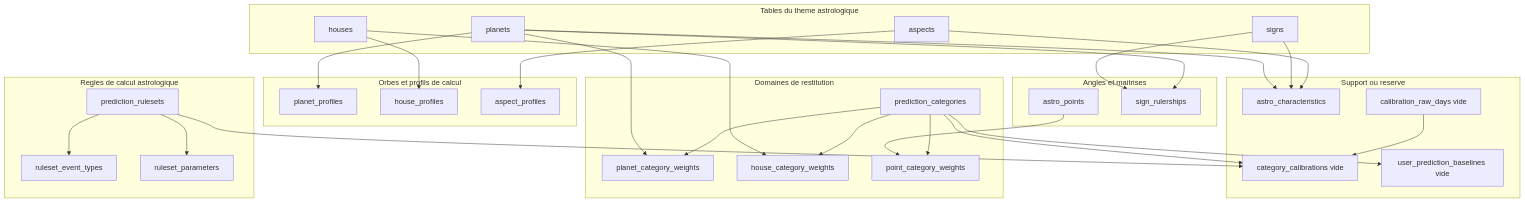
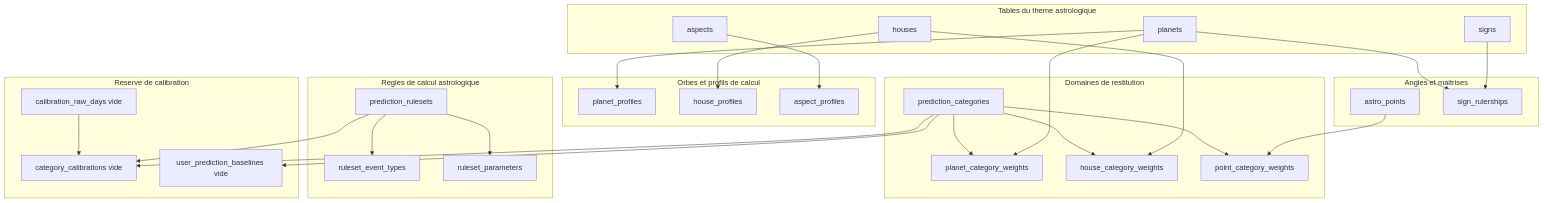
Before and after one commit to daconrilcy/horoscope_front: the diagram in .codex-artifacts/astrology-theme-focused-schema.md, drawn with Mermaid. The commit also changed 8 other files, not shown here.

Commit message:
docs(artifacts): remove astro characteristics references

````diff
--- a/.codex-artifacts/astrology-theme-focused-schema.md
+++ b/.codex-artifacts/astrology-theme-focused-schema.md
@@ -5,66 +5,61 @@
 ```mermaid
 graph TD
     subgraph BASE [Tables du theme astrologique]
         planets[planets]
         signs[signs]
         houses[houses]
         aspects[aspects]
     end
 
     subgraph ORBES [Orbes et profils de calcul]
         planet_profiles[planet_profiles]
         house_profiles[house_profiles]
         aspect_profiles[aspect_profiles]
     end
 
     subgraph ANGLES [Angles et maitrises]
         astro_points[astro_points]
         sign_rulerships[sign_rulerships]
     end
 
     subgraph DOMAINES [Domaines de restitution]
         prediction_categories[prediction_categories]
         planet_category_weights[planet_category_weights]
         house_category_weights[house_category_weights]
         point_category_weights[point_category_weights]
     end
 
     subgraph REGLES [Regles de calcul astrologique]
         prediction_rulesets[prediction_rulesets]
         ruleset_event_types[ruleset_event_types]
         ruleset_parameters[ruleset_parameters]
     end
 
-    subgraph SUPPORT [Support ou reserve]
-        astro_characteristics[astro_characteristics]
+    subgraph SUPPORT [Reserve de calibration]
         category_calibrations[category_calibrations vide]
         calibration_raw_days[calibration_raw_days vide]
         user_prediction_baselines[user_prediction_baselines vide]
     end
 
     planets --> planet_profiles
     houses --> house_profiles
     aspects --> aspect_profiles
 
     signs --> sign_rulerships
     planets --> sign_rulerships
 
     planets --> planet_category_weights
     houses --> house_category_weights
     astro_points --> point_category_weights
     prediction_categories --> planet_category_weights
     prediction_categories --> house_category_weights
     prediction_categories --> point_category_weights
 
     prediction_rulesets --> ruleset_event_types
     prediction_rulesets --> ruleset_parameters
     prediction_rulesets --> category_calibrations
     prediction_categories --> category_calibrations
 
-    planets --> astro_characteristics
-    signs --> astro_characteristics
-    aspects --> astro_characteristics
-
     calibration_raw_days --> category_calibrations
     prediction_categories --> user_prediction_baselines
 ```
````
